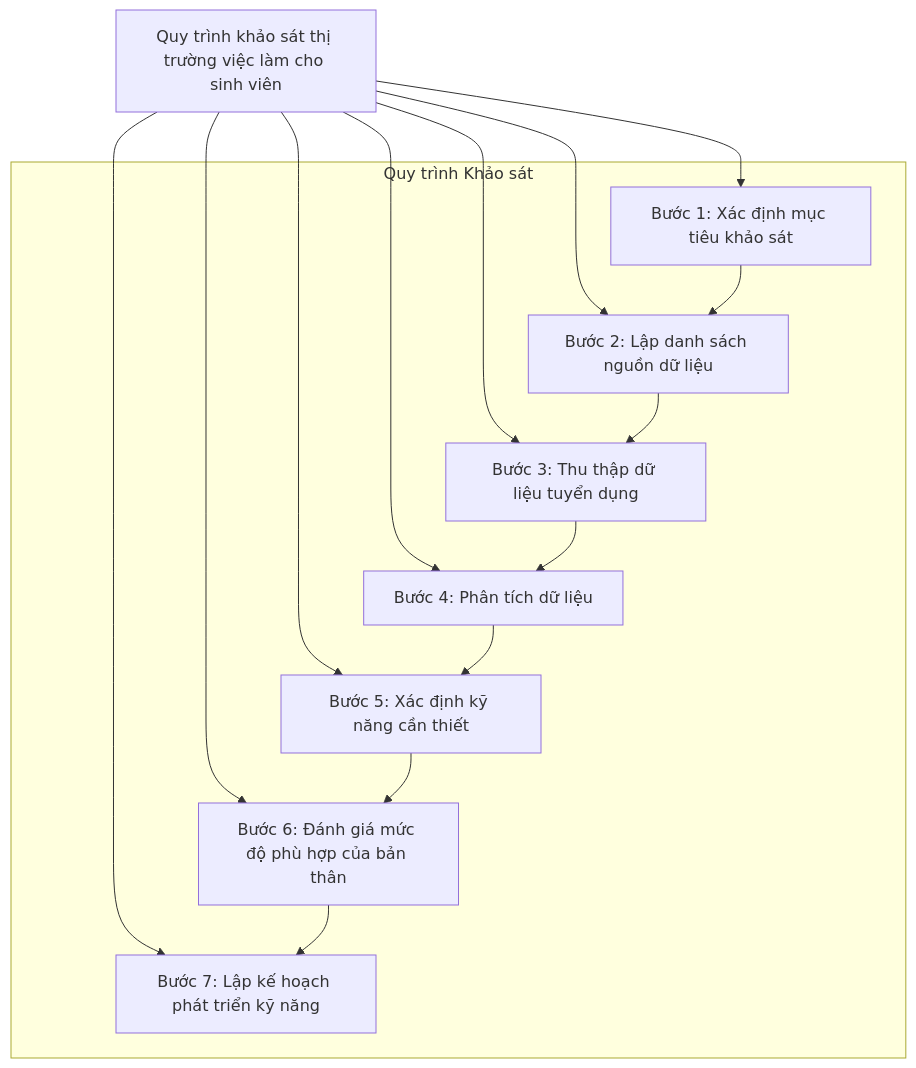
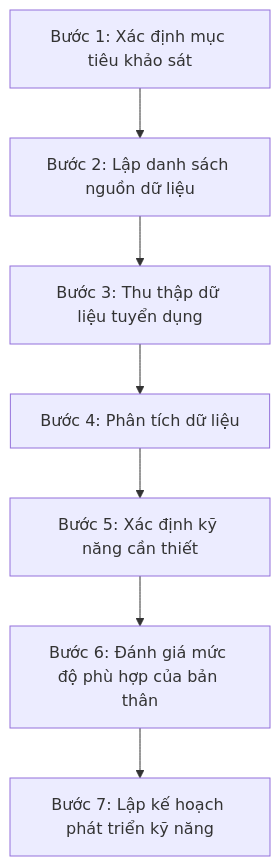
One commit to trinhtin/ecommerce-introduction changed the diagram in README.md. Above: the diagram before and after it, drawn with Mermaid.

````diff
--- a/README.md
+++ b/README.md
@@ -37,21 +2,9 @@
 ```mermaid
 flowchart TD
-    A[Quy trình khảo sát thị trường việc làm cho sinh viên]
-
-    A --> B1[Bước 1: Xác định mục tiêu khảo sát]
-    A --> B2[Bước 2: Lập danh sách nguồn dữ liệu]
-    A --> B3[Bước 3: Thu thập dữ liệu tuyển dụng]
-    A --> B4[Bước 4: Phân tích dữ liệu]
-    A --> B5[Bước 5: Xác định kỹ năng cần thiết]
-    A --> B6[Bước 6: Đánh giá mức độ phù hợp của bản thân]
-    A --> B7[Bước 7: Lập kế hoạch phát triển kỹ năng]
-
-    subgraph Quy trình Khảo sát
-        B1 --> B2
-        B2 --> B3
-        B3 --> B4
-        B4 --> B5
-        B5 --> B6
-        B6 --> B7
-    end
+    A[Bước 1: Xác định mục tiêu khảo sát] --> B[Bước 2: Lập danh sách nguồn dữ liệu]
+    B --> C[Bước 3: Thu thập dữ liệu tuyển dụng]
+    C --> D[Bước 4: Phân tích dữ liệu]
+    D --> E[Bước 5: Xác định kỹ năng cần thiết]
+    E --> F[Bước 6: Đánh giá mức độ phù hợp của bản thân]
+    F --> G[Bước 7: Lập kế hoạch phát triển kỹ năng]
 ```
````
